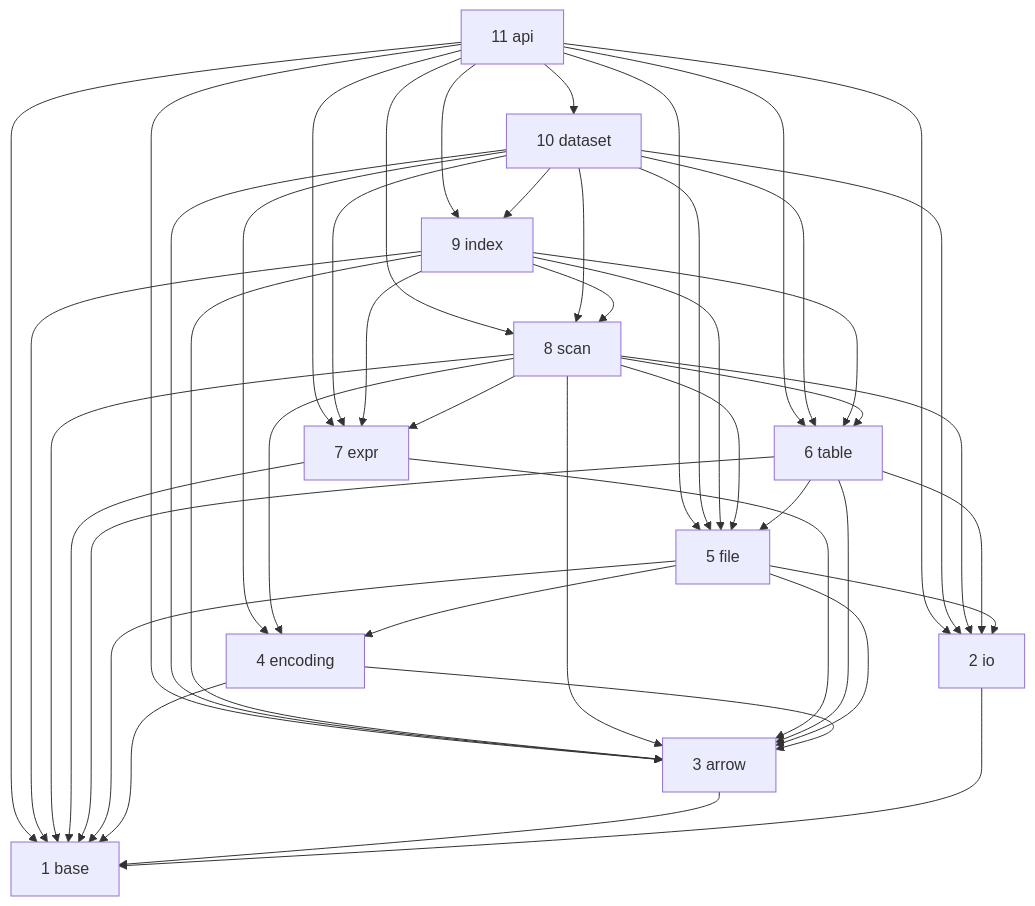
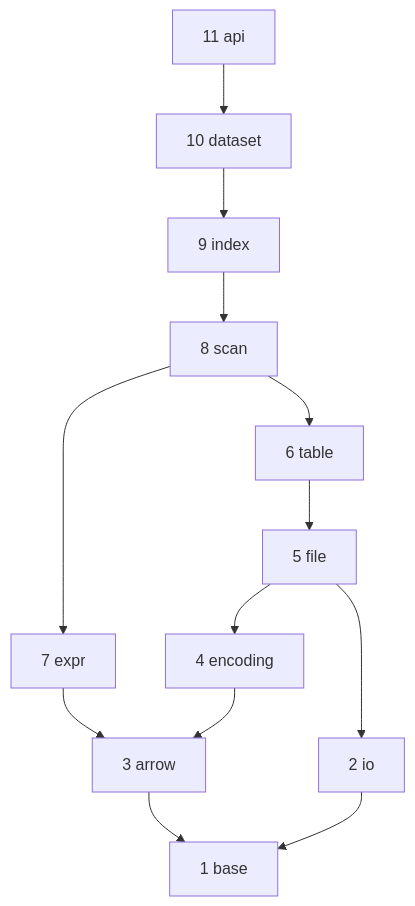
One commit to yoavbendor/nanolance changed the diagram in docs/LAYERS.md. Above: the diagram before and after it, drawn with Mermaid. The commit also changed other lines of this file and 2 other files, not shown here.

Commit message:
docs: draw the layer diagram without implied arrows; LAYERS.md in the docs nav
The diagram drew every direct include, 45 arrows. It now leaves out the arrows another path
already implies (the transitive reduction), 12 arrows from api down to base; the table still
lists every direct use. docs/LAYERS.md is in the mkdocs navigation.

Claude-Session: https://claude.ai/code/session_014PGy9PK68gHvyR8T1r5ueY

````diff
--- a/docs/LAYERS.md
+++ b/docs/LAYERS.md
@@ -22,58 +22,26 @@
 ```mermaid
 graph TD
   api["11 api"]
   dataset["10 dataset"]
   index["9 index"]
   scan["8 scan"]
   expr["7 expr"]
   table["6 table"]
   file["5 file"]
   encoding["4 encoding"]
   arrow["3 arrow"]
   io["2 io"]
   base["1 base"]
   api --> dataset
-  api --> index
-  api --> scan
-  api --> expr
-  api --> table
-  api --> file
-  api --> arrow
-  api --> io
-  api --> base
   dataset --> index
-  dataset --> scan
-  dataset --> expr
-  dataset --> table
-  dataset --> file
-  dataset --> encoding
-  dataset --> arrow
-  dataset --> io
   index --> scan
-  index --> expr
-  index --> table
-  index --> file
-  index --> arrow
-  index --> base
   scan --> expr
   scan --> table
-  scan --> file
-  scan --> encoding
-  scan --> arrow
-  scan --> io
-  scan --> base
   expr --> arrow
-  expr --> base
   table --> file
-  table --> arrow
-  table --> io
-  table --> base
   file --> encoding
-  file --> arrow
   file --> io
-  file --> base
   encoding --> arrow
-  encoding --> base
   arrow --> base
   io --> base
 ```
````
